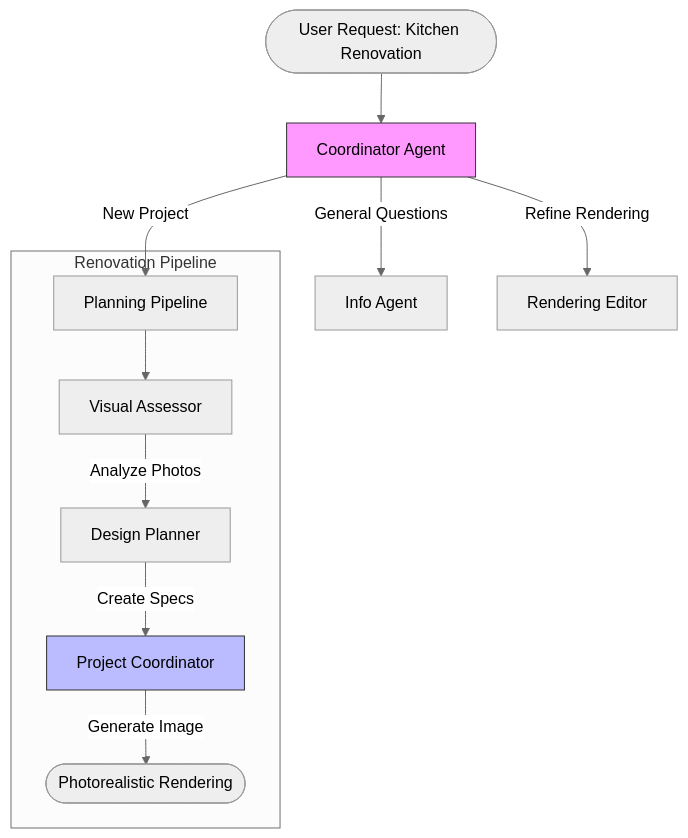
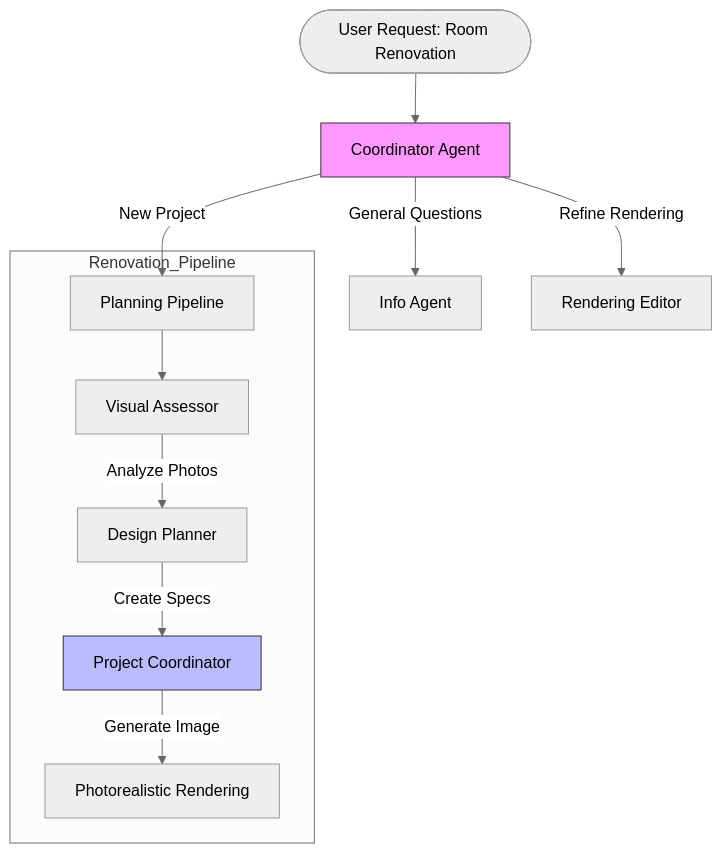
Before and after one commit to Hazbilal3/ai_agent: the diagram in home_renovation_agent/README.md, drawn with Mermaid (neutral theme). The commit also changed other lines of this file, not shown here.

`````diff
--- a/home_renovation_agent/README.md
+++ b/home_renovation_agent/README.md
@@ -17,17 +23,17 @@
 ```mermaid
 graph TD
-    User([User Request: Kitchen Renovation]) --> Coordinator[Coordinator Agent]
-    Coordinator -- "General Questions" --> Info[Info Agent]
-    Coordinator -- "Refine Rendering" --> Editor[Rendering Editor]
-    Coordinator -- "New Project" --> Pipeline[Planning Pipeline]
-    
-    subgraph "Renovation Pipeline"
-    Pipeline --> Assessor[Visual Assessor]
-    Assessor -- "Analyze Photos" --> Planner[Design Planner]
-    Planner -- "Create Specs" --> Project[Project Coordinator]
-    Project -- "Generate Image" --> Rendering([Photorealistic Rendering])
+    User([User Request: Room Renovation]) --> Coordinator[Coordinator Agent]
+    Coordinator -- General Questions --> Info[Info Agent]
+    Coordinator -- Refine Rendering --> Editor[Rendering Editor]
+    Coordinator -- New Project --> Pipeline[Planning Pipeline]
+
+    subgraph Renovation_Pipeline
+        Pipeline --> Assessor[Visual Assessor]
+        Assessor -- Analyze Photos --> Planner[Design Planner]
+        Planner -- Create Specs --> Project[Project Coordinator]
+        Project -- Generate Image --> Rendering[Photorealistic Rendering]
     end
-    
+
     style Coordinator fill:#f9f,stroke:#333
     style Project fill:#bbf,stroke:#333
-```
+````
`````
